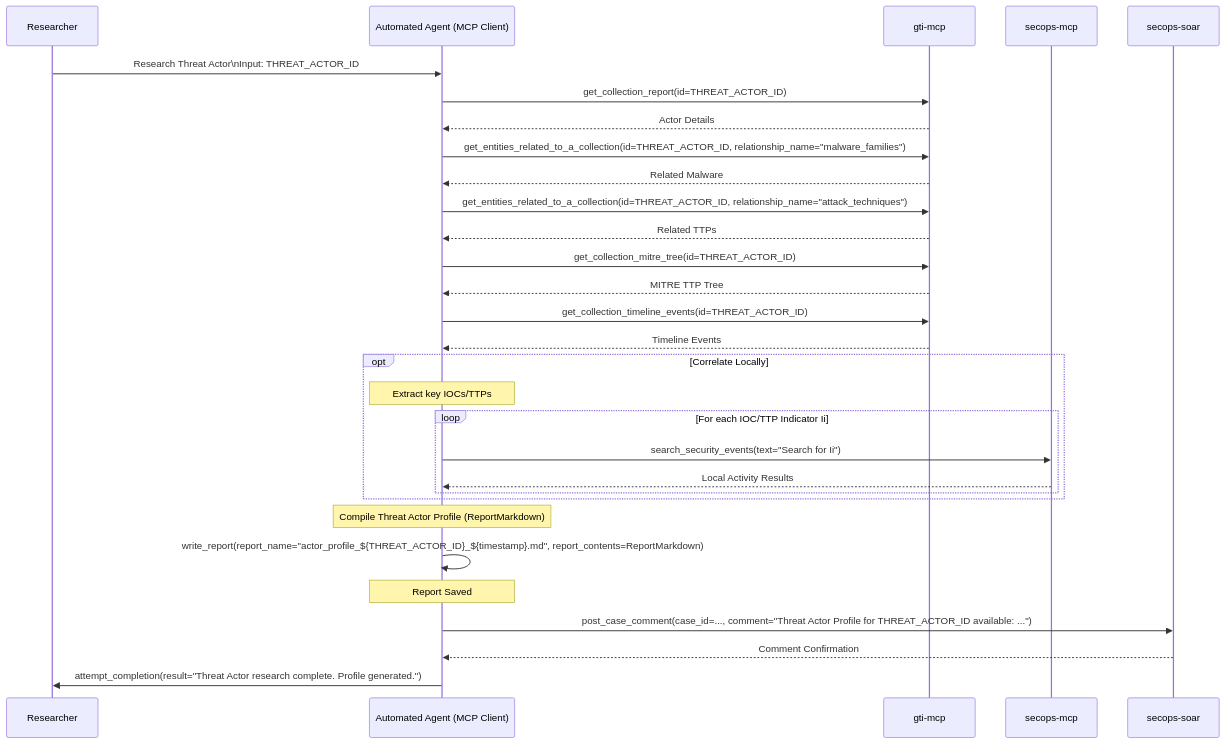
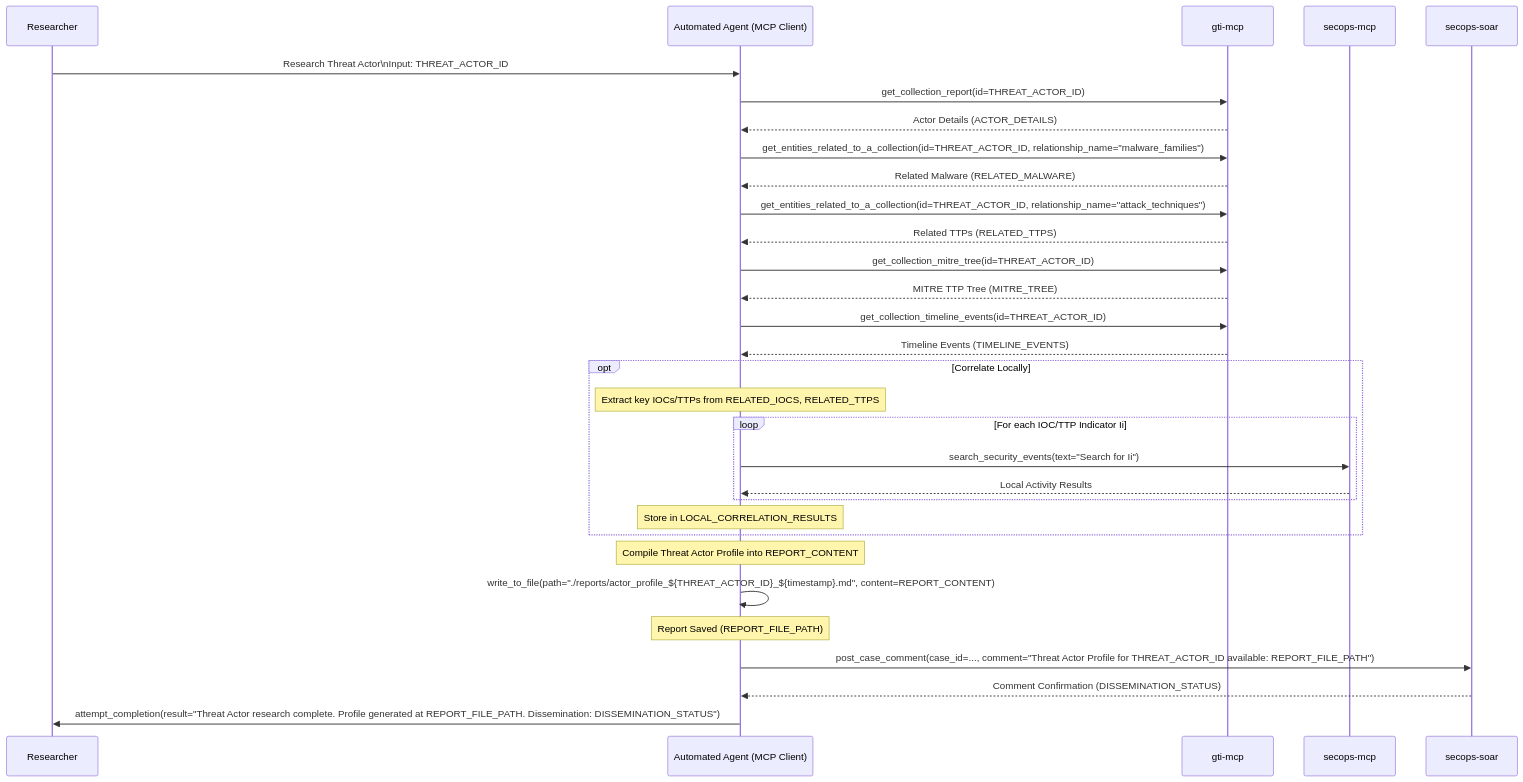
One commit to dandye/adk_runbooks changed the diagram in rules-bank/run_books/guidelines/threat_intel_workflows.md. Above: the diagram before and after it, drawn with Mermaid. The commit also changed other lines of this file and 1 other file, not shown here.

````diff
--- a/rules-bank/run_books/guidelines/threat_intel_workflows.md
+++ b/rules-bank/run_books/guidelines/threat_intel_workflows.md
@@ -38,50 +67,51 @@
 ```{mermaid}
 sequenceDiagram
     participant Researcher
     participant AutomatedAgent as Automated Agent (MCP Client)
     participant GTI as gti-mcp
     participant SIEM as secops-mcp
     participant SOAR as secops-soar
 
     Researcher->>AutomatedAgent: Research Threat Actor\nInput: THREAT_ACTOR_ID
 
     %% Step 2: Initial GTI Lookup
     AutomatedAgent->>GTI: get_collection_report(id=THREAT_ACTOR_ID)
-    GTI-->>AutomatedAgent: Actor Details
+    GTI-->>AutomatedAgent: Actor Details (ACTOR_DETAILS)
 
     %% Step 3: Explore Relationships
     AutomatedAgent->>GTI: get_entities_related_to_a_collection(id=THREAT_ACTOR_ID, relationship_name="malware_families")
-    GTI-->>AutomatedAgent: Related Malware
+    GTI-->>AutomatedAgent: Related Malware (RELATED_MALWARE)
     AutomatedAgent->>GTI: get_entities_related_to_a_collection(id=THREAT_ACTOR_ID, relationship_name="attack_techniques")
-    GTI-->>AutomatedAgent: Related TTPs
-    %% Add other relationship calls
+    GTI-->>AutomatedAgent: Related TTPs (RELATED_TTPS)
+    %% Add other relationship calls for IOCs, campaigns
 
     %% Step 4: Analyze TTPs
     AutomatedAgent->>GTI: get_collection_mitre_tree(id=THREAT_ACTOR_ID)
-    GTI-->>AutomatedAgent: MITRE TTP Tree
+    GTI-->>AutomatedAgent: MITRE TTP Tree (MITRE_TREE)
 
     %% Step 5: Review Timelines
     AutomatedAgent->>GTI: get_collection_timeline_events(id=THREAT_ACTOR_ID)
-    GTI-->>AutomatedAgent: Timeline Events
+    GTI-->>AutomatedAgent: Timeline Events (TIMELINE_EVENTS)
 
     %% Step 6: Correlate Locally (Optional)
     opt Correlate Locally
-        Note over AutomatedAgent: Extract key IOCs/TTPs
+        Note over AutomatedAgent: Extract key IOCs/TTPs from RELATED_IOCS, RELATED_TTPS
         loop For each IOC/TTP Indicator Ii
             AutomatedAgent->>SIEM: search_security_events(text="Search for Ii")
             SIEM-->>AutomatedAgent: Local Activity Results
         end
+        Note over AutomatedAgent: Store in LOCAL_CORRELATION_RESULTS
     end
 
     %% Step 7: Synthesize & Report
-    Note over AutomatedAgent: Compile Threat Actor Profile (ReportMarkdown)
-    AutomatedAgent->>AutomatedAgent: write_report(report_name="actor_profile_${THREAT_ACTOR_ID}_${timestamp}.md", report_contents=ReportMarkdown)
-    Note over AutomatedAgent: Report Saved
+    Note over AutomatedAgent: Compile Threat Actor Profile into REPORT_CONTENT
+    AutomatedAgent->>AutomatedAgent: write_to_file(path="./reports/actor_profile_${THREAT_ACTOR_ID}_${timestamp}.md", content=REPORT_CONTENT)
+    Note over AutomatedAgent: Report Saved (REPORT_FILE_PATH)
 
     %% Step 8: Disseminate
-    AutomatedAgent->>SOAR: post_case_comment(case_id=..., comment="Threat Actor Profile for THREAT_ACTOR_ID available: ...")
-    SOAR-->>AutomatedAgent: Comment Confirmation
+    AutomatedAgent->>SOAR: post_case_comment(case_id=..., comment="Threat Actor Profile for THREAT_ACTOR_ID available: REPORT_FILE_PATH")
+    SOAR-->>AutomatedAgent: Comment Confirmation (DISSEMINATION_STATUS)
 
-    AutomatedAgent->>Researcher: attempt_completion(result="Threat Actor research complete. Profile generated.")
+    AutomatedAgent->>Researcher: attempt_completion(result="Threat Actor research complete. Profile generated at REPORT_FILE_PATH. Dissemination: DISSEMINATION_STATUS")
 
 ```
````
